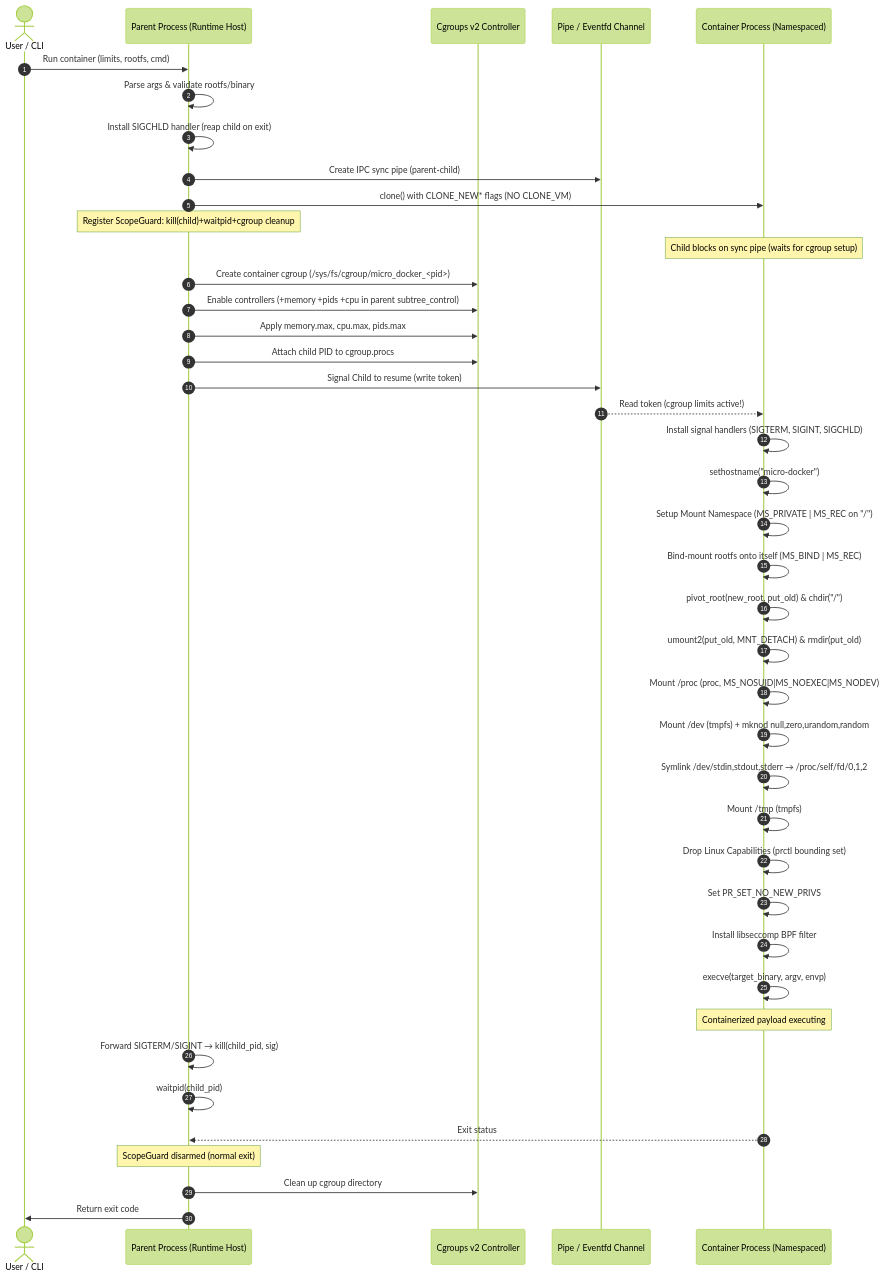
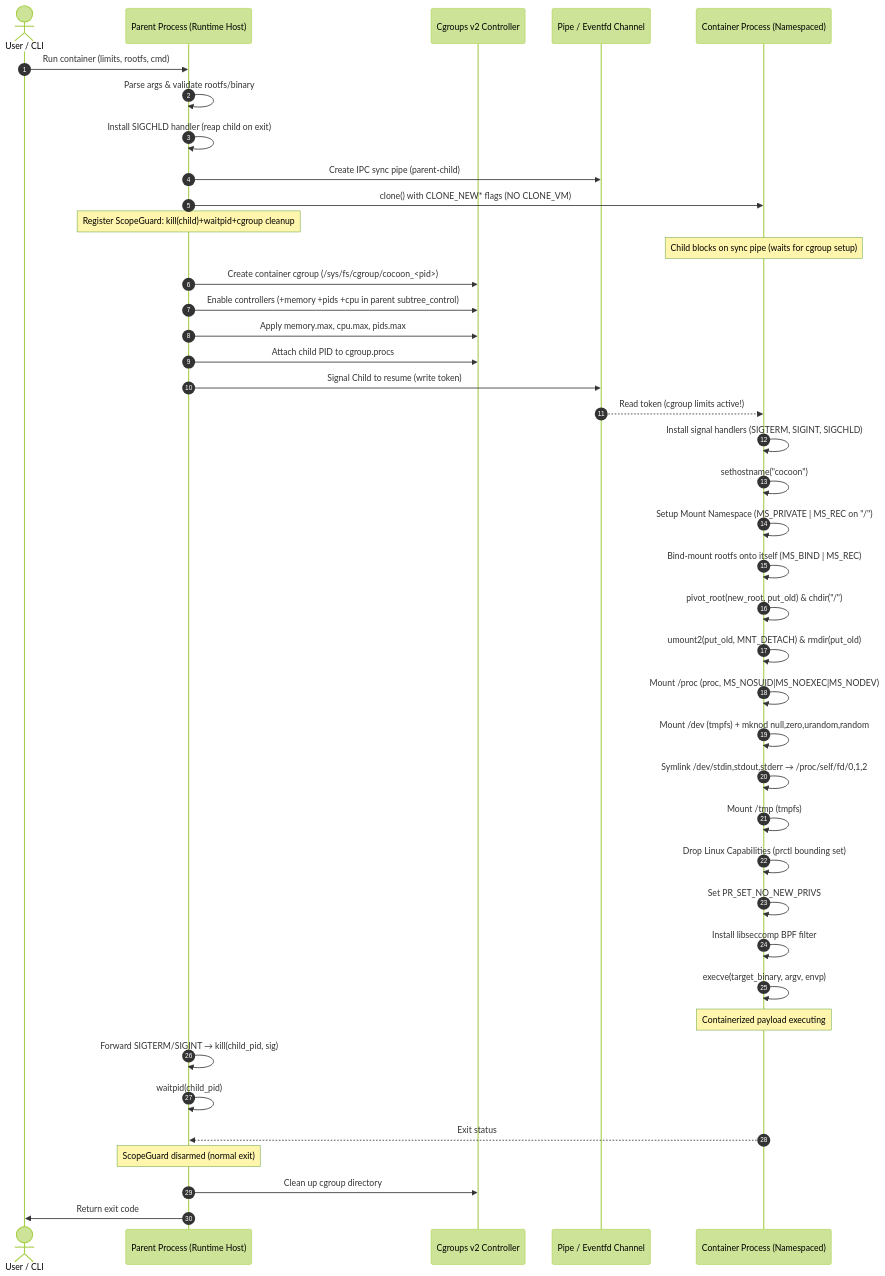
Before and after one commit to sourcerful/cocoon: the diagram in docs/PLAN.md, drawn with Mermaid (forest theme). The commit also changed other lines of this file and 6 other files, not shown here.

````diff
--- a/docs/PLAN.md
+++ b/docs/PLAN.md
@@ -21,47 +21,47 @@
 ```mermaid
 sequenceDiagram
     autonumber
     actor User as User / CLI
     participant Main as Parent Process (Runtime Host)
     participant CG as Cgroups v2 Controller
     participant Sync as Pipe / Eventfd Channel
     participant Child as Container Process (Namespaced)
 
     User->>Main: Run container (limits, rootfs, cmd)
     Main->>Main: Parse args & validate rootfs/binary
     Main->>Main: Install SIGCHLD handler (reap child on exit)
     Main->>Sync: Create IPC sync pipe (parent-child)
     Main->>Child: clone() with CLONE_NEW* flags (NO CLONE_VM)
     Note over Main: Register ScopeGuard: kill(child)+waitpid+cgroup cleanup
     Note over Child: Child blocks on sync pipe (waits for cgroup setup)
 
-    Main->>CG: Create container cgroup (/sys/fs/cgroup/micro_docker_<pid>)
+    Main->>CG: Create container cgroup (/sys/fs/cgroup/cocoon_<pid>)
     Main->>CG: Enable controllers (+memory +pids +cpu in parent subtree_control)
     Main->>CG: Apply memory.max, cpu.max, pids.max
     Main->>CG: Attach child PID to cgroup.procs
     Main->>Sync: Signal Child to resume (write token)
 
     Sync-->>Child: Read token (cgroup limits active!)
     Child->>Child: Install signal handlers (SIGTERM, SIGINT, SIGCHLD)
-    Child->>Child: sethostname("micro-docker")
+    Child->>Child: sethostname("cocoon")
     Child->>Child: Setup Mount Namespace (MS_PRIVATE | MS_REC on "/")
     Child->>Child: Bind-mount rootfs onto itself (MS_BIND | MS_REC)
     Child->>Child: pivot_root(new_root, put_old) & chdir("/")
     Child->>Child: umount2(put_old, MNT_DETACH) & rmdir(put_old)
     Child->>Child: Mount /proc (proc, MS_NOSUID|MS_NOEXEC|MS_NODEV)
     Child->>Child: Mount /dev (tmpfs) + mknod null,zero,urandom,random
     Child->>Child: Symlink /dev/stdin,stdout,stderr → /proc/self/fd/0,1,2
     Child->>Child: Mount /tmp (tmpfs)
     Child->>Child: Drop Linux Capabilities (prctl bounding set)
     Child->>Child: Set PR_SET_NO_NEW_PRIVS
     Child->>Child: Install libseccomp BPF filter
     Child->>Child: execve(target_binary, argv, envp)
 
     Note over Child: Containerized payload executing
     Main->>Main: Forward SIGTERM/SIGINT → kill(child_pid, sig)
     Main->>Main: waitpid(child_pid)
     Child-->>Main: Exit status
     Note over Main: ScopeGuard disarmed (normal exit)
     Main->>CG: Clean up cgroup directory
     Main->>User: Return exit code
 ```
````
